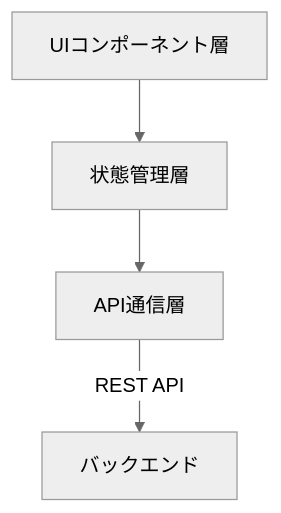
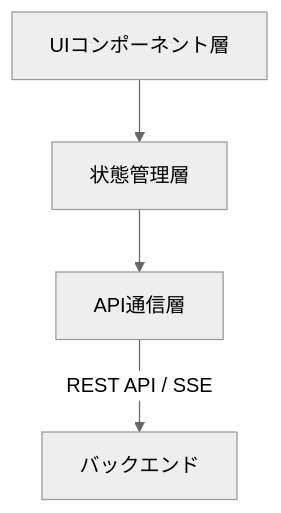
The second of 6 diagrams in docs/basic_design.md (ryuma-1/Campass), drawn with Mermaid (neutral theme) before and after one commit. The commit also changed other lines of this file, not shown here.

````diff
--- a/docs/basic_design.md
+++ b/docs/basic_design.md
@@ -66,10 +73,10 @@
 ```mermaid
 graph TD
     UI[UIコンポーネント層]
     State[状態管理層]
     API[API通信層]
 
     UI --> State
     State --> API
-    API -->|REST API| BE[バックエンド]
+    API -->|REST API / SSE| BE[バックエンド]
 ```
````
